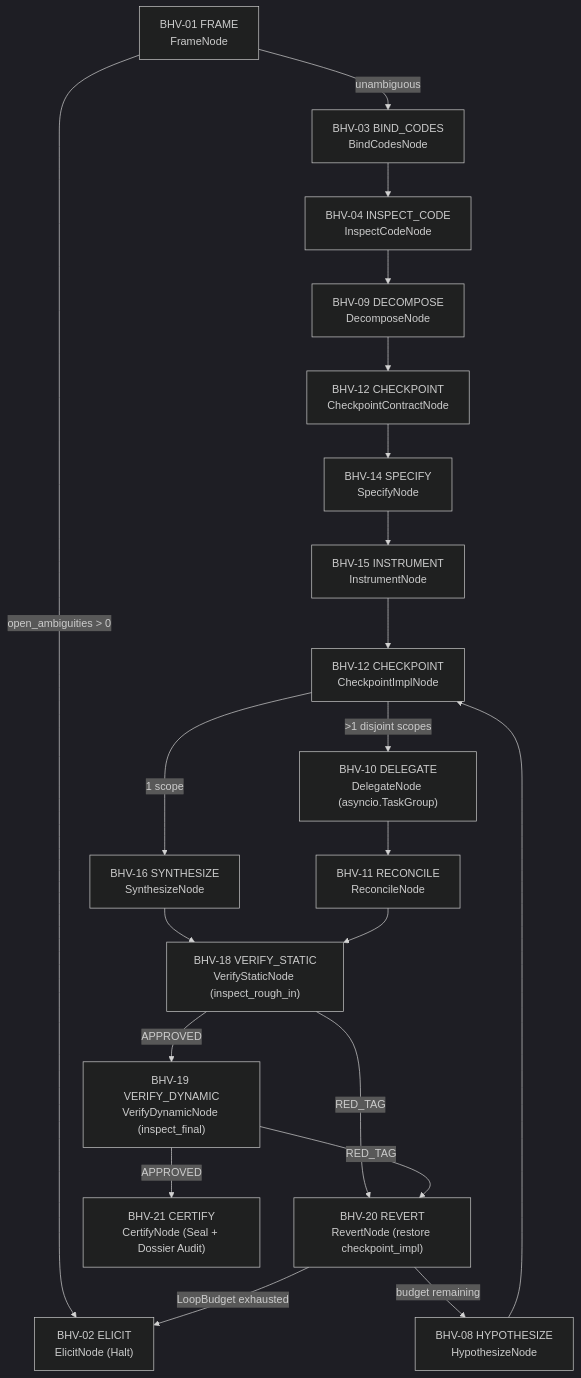
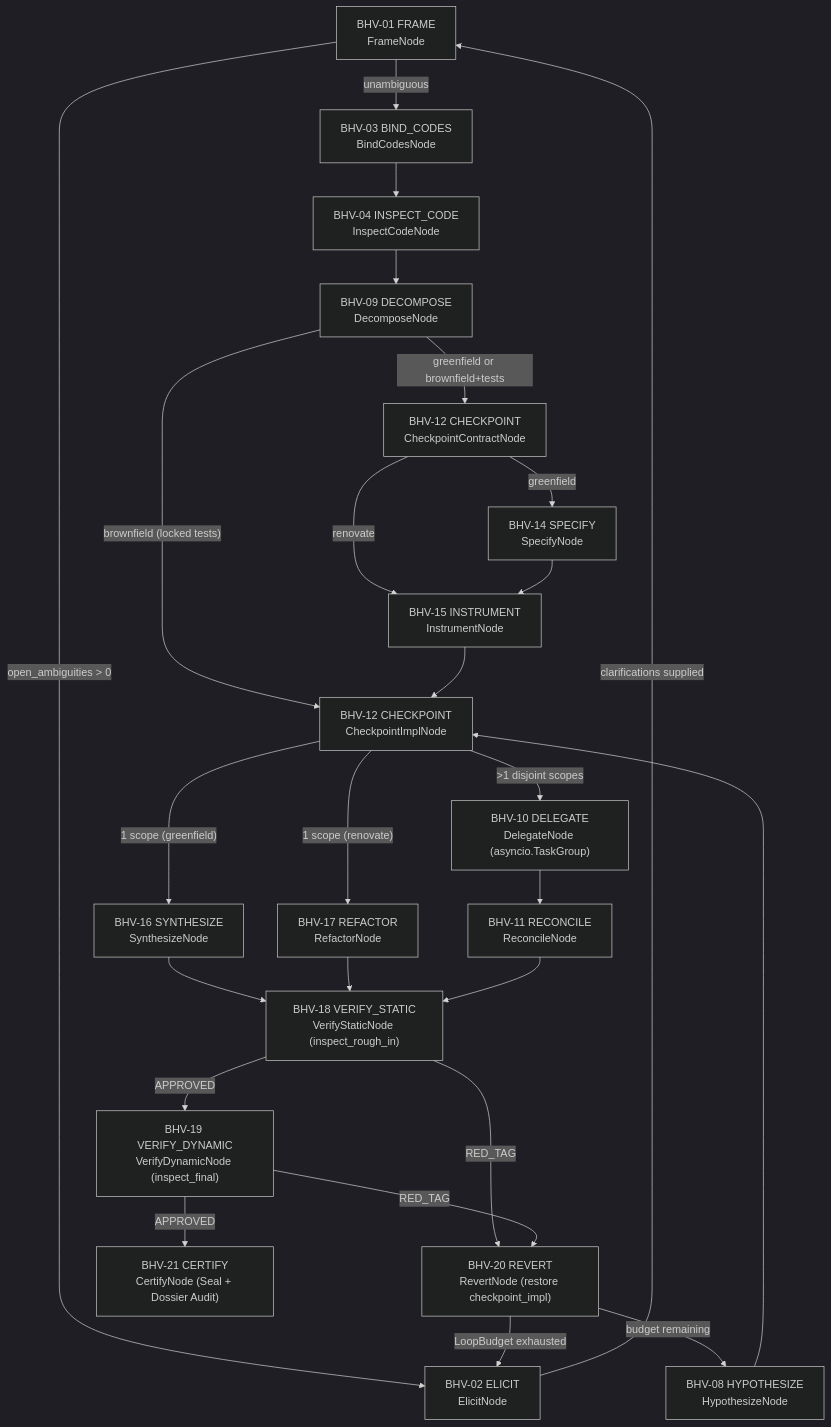
One commit to futileandstupid/jezz changed the second of 2 diagrams in docs/pillar-4-pydantic-ai-runtime.md. Above: the diagram before and after it, drawn with Mermaid (dark theme). The commit also changed other lines of this file and 9 other files, not shown here.

Commit message:
feat(agents): add brownfield BHV-17 renovation workflow and resumable ELICIT -> FRAME loop

````diff
--- a/docs/pillar-4-pydantic-ai-runtime.md
+++ b/docs/pillar-4-pydantic-ai-runtime.md
@@ -64,23 +64,28 @@
 ```mermaid
 flowchart TD
-    Frame["BHV-01 FRAME\nFrameNode"] -->|"open_ambiguities > 0"| Elicit["BHV-02 ELICIT\nElicitNode (Halt)"]
+    Frame["BHV-01 FRAME\nFrameNode"] -->|"open_ambiguities > 0"| Elicit["BHV-02 ELICIT\nElicitNode"]
+    Elicit -->|"clarifications supplied"| Frame
     Frame -->|"unambiguous"| Bind["BHV-03 BIND_CODES\nBindCodesNode"]
     Bind --> Inspect["BHV-04 INSPECT_CODE\nInspectCodeNode"]
     Inspect --> Decompose["BHV-09 DECOMPOSE\nDecomposeNode"]
-    Decompose --> CkptC["BHV-12 CHECKPOINT\nCheckpointContractNode"]
-    CkptC --> Specify["BHV-14 SPECIFY\nSpecifyNode"]
-    Specify --> Instrument["BHV-15 INSTRUMENT\nInstrumentNode"]
-    Instrument --> CkptI["BHV-12 CHECKPOINT\nCheckpointImplNode"]
-    CkptI -->|"1 scope"| Synth["BHV-16 SYNTHESIZE\nSynthesizeNode"]
+    Decompose -->|"greenfield or brownfield+tests"| CkptC["BHV-12 CHECKPOINT\nCheckpointContractNode"]
+    Decompose -->|"brownfield (locked tests)"| CkptI["BHV-12 CHECKPOINT\nCheckpointImplNode"]
+    CkptC -->|"greenfield"| Specify["BHV-14 SPECIFY\nSpecifyNode"]
+    CkptC -->|"renovate"| Instrument["BHV-15 INSTRUMENT\nInstrumentNode"]
+    Specify --> Instrument
+    Instrument --> CkptI
+    CkptI -->|"1 scope (greenfield)"| Synth["BHV-16 SYNTHESIZE\nSynthesizeNode"]
+    CkptI -->|"1 scope (renovate)"| Refactor["BHV-17 REFACTOR\nRefactorNode"]
     CkptI -->|">1 disjoint scopes"| Delegate["BHV-10 DELEGATE\nDelegateNode (asyncio.TaskGroup)"]
     Delegate --> Reconcile["BHV-11 RECONCILE\nReconcileNode"]
     Synth --> VStatic["BHV-18 VERIFY_STATIC\nVerifyStaticNode (inspect_rough_in)"]
+    Refactor --> VStatic
     Reconcile --> VStatic
     VStatic -->|"APPROVED"| VDyn["BHV-19 VERIFY_DYNAMIC\nVerifyDynamicNode (inspect_final)"]
     VStatic -->|"RED_TAG"| Revert["BHV-20 REVERT\nRevertNode (restore checkpoint_impl)"]
     VDyn -->|"APPROVED"| Certify["BHV-21 CERTIFY\nCertifyNode (Seal + Dossier Audit)"]
     VDyn -->|"RED_TAG"| Revert
     Revert -->|"budget remaining"| Hyp["BHV-08 HYPOTHESIZE\nHypothesizeNode"]
     Revert -->|"LoopBudget exhausted"| Elicit
     Hyp --> CkptI
 ```
````
